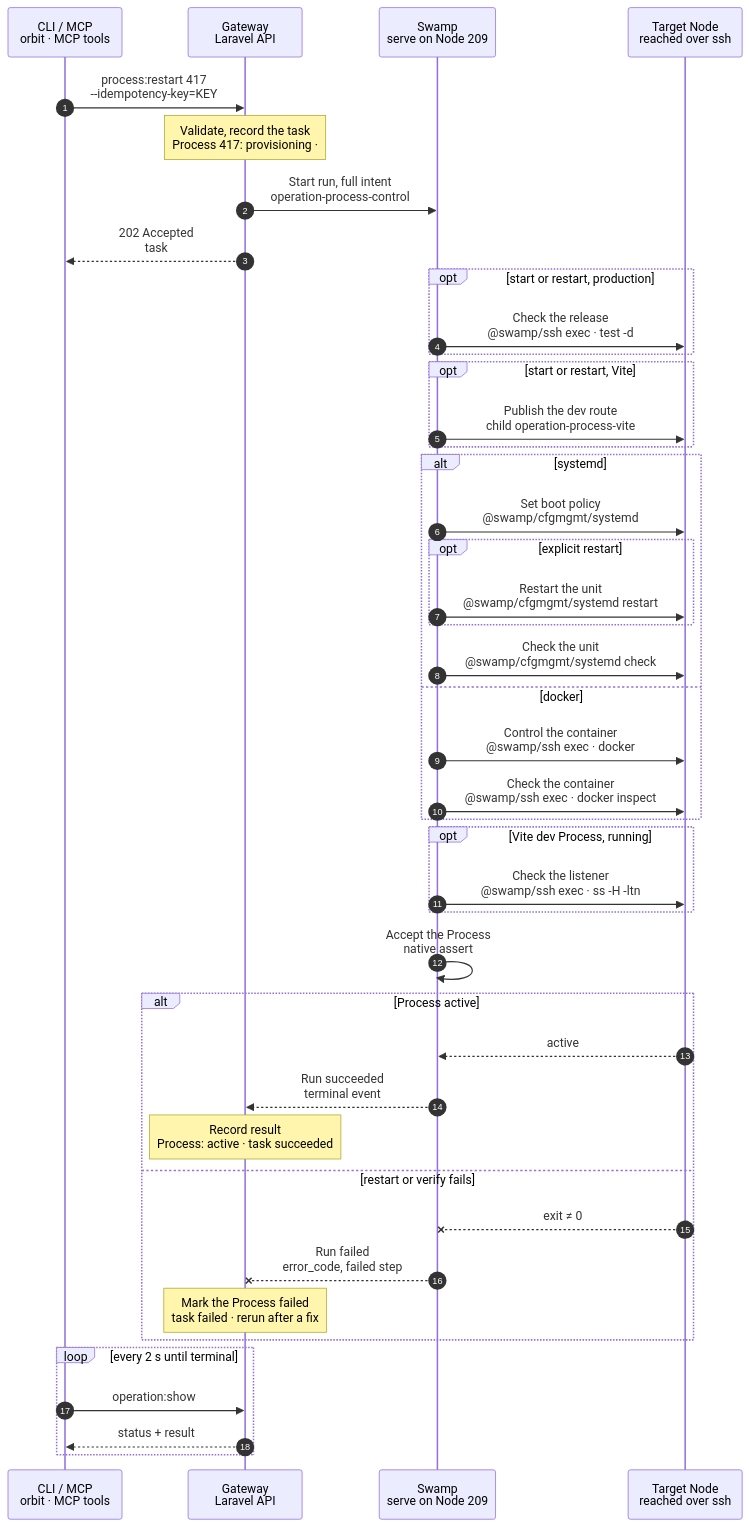
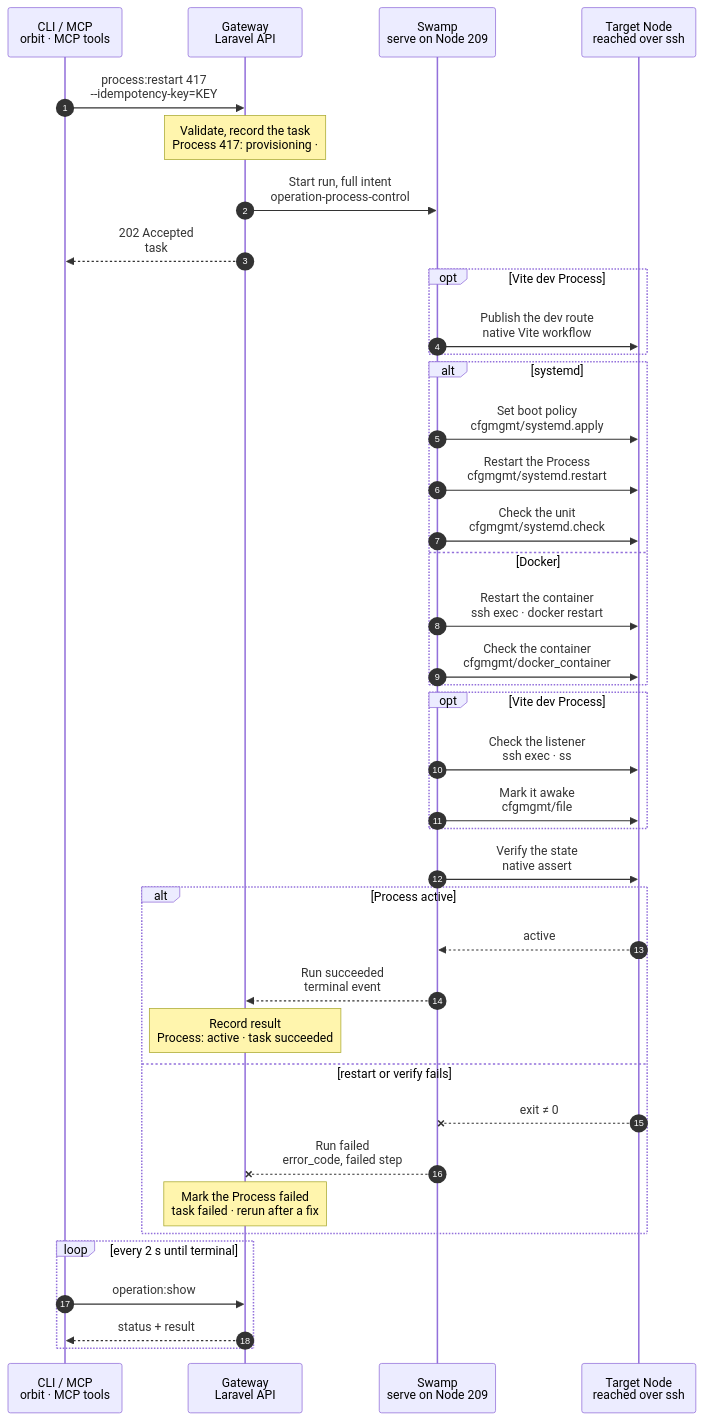
The diagram in docs/cli/process/restart.mmd (hardimpactdev/orbit), drawn with Mermaid before and after one commit. The commit also changed 63 other files, not shown here.

```diff
--- a/docs/cli/process/restart.mmd
+++ b/docs/cli/process/restart.mmd
@@ -1,115 +1,97 @@
 sequenceDiagram
   %% Target design: ADR 0244 task, DECISIONS 4 + R1-R4 (process.stop shape: 209, @swamp/ssh, full intent as inputs).
-  %% status: draft
+  %% Tightened: flow-tighten 2026-11-02, rules 1-22 (one cfgmgmt systemd apply, its check as the end check, no shipped scripts; rule 21: only this command's branches).
+  %% status: migrated
   %% command: process:restart
   %% kind: process.restart
   autonumber
   %% lane CLI icon=terminal pill=caller tone=gray
   %% lane GW icon=gateway pill=intent tone=blue
   %% lane SW icon=workflow pill=executes tone=green
   %% lane N icon=server pill=target tone=amber
   participant CLI as CLI / MCP<br/>orbit · MCP tools
   participant GW as Gateway<br/>Laravel API
   participant SW as Swamp<br/>serve on Node 209
   participant N as Target Node<br/>reached over ssh
   CLI->>GW: process:restart 417<br/>--idempotency-key=KEY
   %%> Command:
   %%> - `orbit process:restart 417`
   %%> - syntax: `process:restart <process> [--idempotency-key=KEY] [--json]`
   %%> Input:
   %%> - the numeric Process ID from `process:list`
   %%> Who can call it:
   %%> - the `orbit` CLI and the MCP tool send the same request
   Note over GW: Validate, record the task<br/>Process 417: provisioning · #5130
   %%> Requirements:
   %%> - your Node has an access grant to the Node that runs Process 417
   %%> - Process 417 exists and is not being removed
-  %%> - the Process can start: it is installed on its Node
+  %%> - a production Process's release is checked against the recorded releases, not on the Node
   %%> Result:
   %%> - task #5130 recorded with the full intent: unit or container name, runtime, on-demand flag, Vite plan
   %%> - Process 417 marked provisioning; its desired state does not change yet
   %%> - nothing has happened on the Node yet
   GW->>SW: Start run, full intent<br/>operation-process-control
   %%> What it does:
   %%> - starts one Swamp run on serve (Node 209); every step runs there
   %%> Inputs:
   %%> - `kind`: process.restart
   %%> - the Process unit or container name, runtime and on-demand flag
   %%> - the Node's address and SSH host keys; the SSH identity comes from the `swamp` role
-  %%> - for a production Instance, its release directory
-  %%> - for a Vite dev Process, the Vite plan and the Caddy publication for its Route
+  %%> Checked by the input schema:
+  %%> - no step reads or re-checks the intent
   GW-->>CLI: 202 Accepted<br/>task #5130
   %%> What you get:
   %%> - the task number, at once
   %%> Next:
   %%> - the CLI follows the task with `operation:show`
-  opt start or restart, production
-    SW->>N: Check the release<br/>@swamp/ssh exec · test -d
-    %%> What it does:
-    %%> - checks the admitted release directory before starting
-  end
-  opt start or restart, Vite
-    SW->>N: Publish the dev route<br/>child operation-process-vite
-    %%> What it does:
-    %%> - prepares the Vite environment and publishes the Route
+  opt Vite dev Process
+    SW->>N: Publish the dev route<br/>native Vite workflow
   end
   alt systemd
-    SW->>N: Set boot policy<br/>@swamp/cfgmgmt/systemd
-    %%> What it does:
-    %%> - converges boot policy; on-demand Processes stay disabled
-    opt explicit restart
-      SW->>N: Restart the unit<br/>@swamp/cfgmgmt/systemd restart
-      %%> What it does:
-      %%> - restarts the unit once
-    end
-    SW->>N: Check the unit<br/>@swamp/cfgmgmt/systemd check
-    %%> Result:
-    %%> - records the running and boot state for the native end check
-  else docker
-    SW->>N: Control the container<br/>@swamp/ssh exec · docker
-    %%> What it does:
-    %%> - starts, stops or restarts the admitted container once
-    SW->>N: Check the container<br/>@swamp/ssh exec · docker inspect
-    %%> Result:
-    %%> - records the container state for the native end check
+    SW->>N: Set boot policy<br/>cfgmgmt/systemd.apply
+    SW->>N: Restart the Process<br/>cfgmgmt/systemd.restart
+    SW->>N: Check the unit<br/>cfgmgmt/systemd.check
+  else Docker
+    SW->>N: Restart the container<br/>ssh exec · docker restart
+    SW->>N: Check the container<br/>cfgmgmt/docker_container
   end
-  opt Vite dev Process, running
-    SW->>N: Check the listener<br/>@swamp/ssh exec · ss -H -ltn
-    %%> Result:
-    %%> - requires a listener before marking the Instance awake; no ownership check
+  opt Vite dev Process
+    SW->>N: Check the listener<br/>ssh exec · ss
+    SW->>N: Mark it awake<br/>cfgmgmt/file
   end
-  SW->>SW: Accept the Process<br/>native assert
-  %%> What it does:
-  %%> - accepts only the expected runtime and boot state
+  SW->>N: Verify the state<br/>native assert
+  %%> The pinned checks report compliance; native assert fails the run on drift.
   alt Process active
     N-->>SW: active
     %%> Returns:
     %%> - the Process is active
     SW-->>GW: Run succeeded<br/>terminal event
     %%> How the Gateway learns it:
-    %%> - its shared run reader sees the terminal event and reads the result step once; Swamp never calls the Gateway
+    %%> - its shared run reader sees the terminal event and reads the end check's output; Swamp never calls the Gateway
     Note over GW: Record result<br/>Process: active · task succeeded
     %%> Result:
     %%> - Process 417 desired state becomes running; its status becomes active
     %%> - task #5130 succeeds with the observed state
   else restart or verify fails
     N--xSW: exit ≠ 0
     %%> When:
     %%> - SSH fails, the unit is missing, or the state does not match
+    %%> How:
+    %%> - the failing step ends the run with its own exit code; there is no report step
     SW--xGW: Run failed<br/>error_code, failed step
     %%> The Gateway reads:
-    %%> - which step failed and its error code
+    %%> - which step failed and its exit code, mapped to `error_code`
     Note over GW: Mark the Process failed<br/>task failed · rerun after a fix
     %%> Result:
     %%> - Process 417 is marked failed with the error code; its desired state does not change
     %%> - task #5130 fails
-    %%> - there is no rollback; run the same command again after fixing the cause
+    %%> - there is no rollback and nothing to clean up; run the same command again after fixing the cause
   end
   loop every 2 s until terminal
     CLI->>GW: operation:show #5130
     %%> What it does:
     %%> - asks for the task status every 2 seconds until it has ended
     GW-->>CLI: status + result
     %%> Returns:
     %%> - the current status, and the result once the task has ended
   end
```
